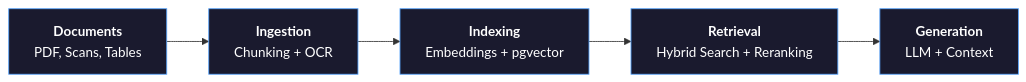
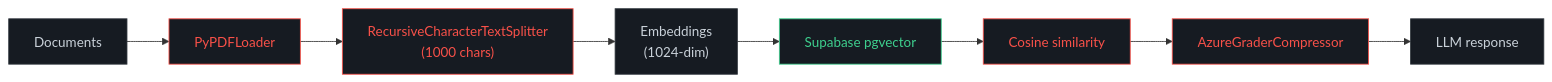
The first of 3 diagrams in README.md (toprak1919/TMT), drawn with Mermaid before and after one commit. The commit also changed other lines of this file, not shown here.

````diff
--- a/README.md
+++ b/README.md
@@ -76,13 +40,19 @@
 ```mermaid
 graph LR
-    A["<b>Documents</b><br/>PDF, Scans, Tables"] --> B["<b>Ingestion</b><br/>Chunking + OCR"]
-    B --> C["<b>Indexing</b><br/>Embeddings + pgvector"]
-    C --> D["<b>Retrieval</b><br/>Hybrid Search + Reranking"]
-    D --> E["<b>Generation</b><br/>LLM + Context"]
+    A["Documents"] --> B["PyPDFLoader"]
+    B --> C["RecursiveCharacterTextSplitter\n(1000 chars)"]
+    C --> D["Embeddings\n(1024-dim)"]
+    D --> E["Supabase pgvector"]
+    E --> F["Cosine similarity"]
+    F --> G["AzureGraderCompressor"]
+    G --> H["LLM response"]
 
-    style A fill:#1a1a2e,stroke:#58A6FF,color:#fff
-    style B fill:#1a1a2e,stroke:#58A6FF,color:#fff
-    style C fill:#1a1a2e,stroke:#58A6FF,color:#fff
-    style D fill:#1a1a2e,stroke:#58A6FF,color:#fff
-    style E fill:#1a1a2e,stroke:#58A6FF,color:#fff
+    style A fill:#161b22,stroke:#30363d,color:#c9d1d9
+    style B fill:#161b22,stroke:#f85149,color:#f85149
+    style C fill:#161b22,stroke:#f85149,color:#f85149
+    style D fill:#161b22,stroke:#30363d,color:#c9d1d9
+    style E fill:#161b22,stroke:#3ECF8E,color:#3ECF8E
+    style F fill:#161b22,stroke:#f85149,color:#f85149
+    style G fill:#161b22,stroke:#f85149,color:#f85149
+    style H fill:#161b22,stroke:#30363d,color:#c9d1d9
 ```
````
